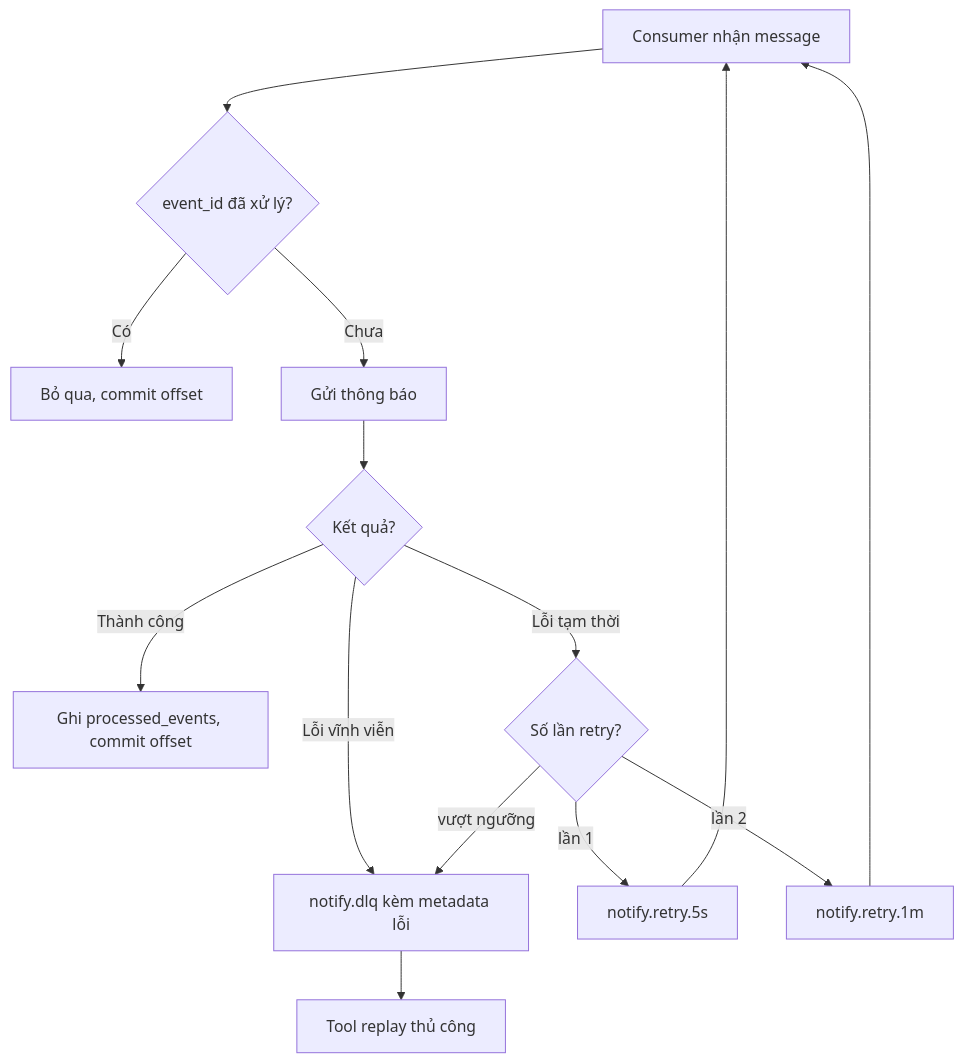
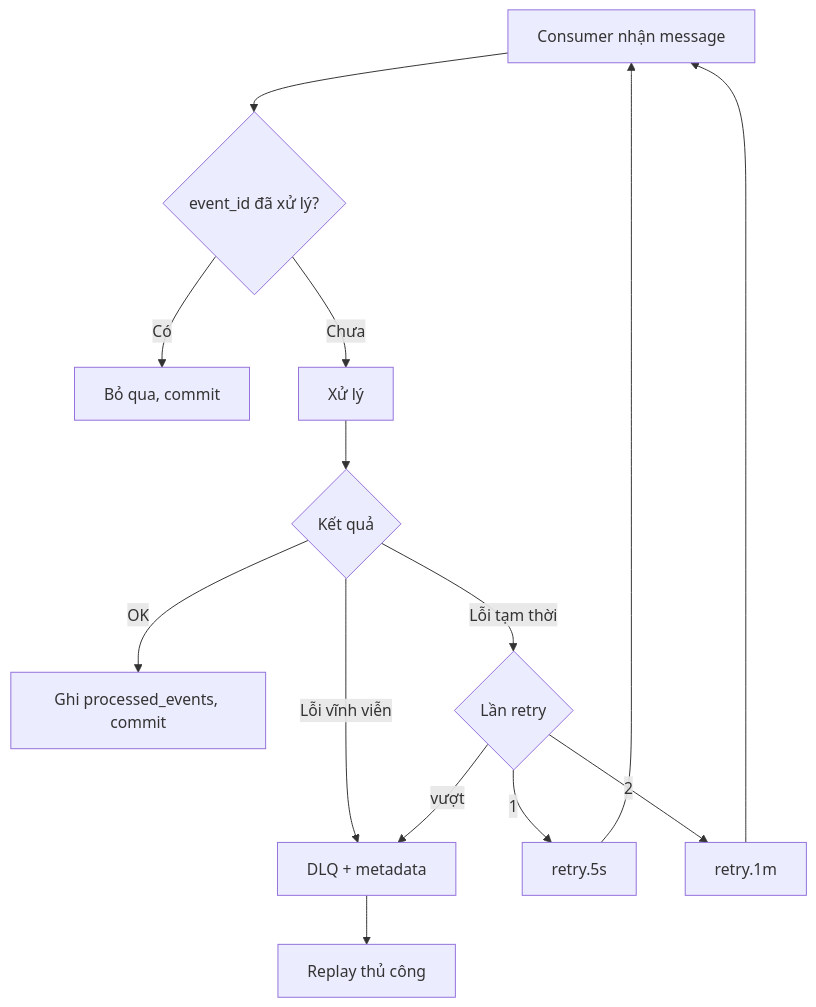
One commit to Trung1234/davas-matching changed the sixth of 10 diagrams in README.md. Above: the diagram before and after it, drawn with Mermaid. The commit also changed other lines of this file, not shown here.

````diff
--- a/README.md
+++ b/README.md
@@ -155,16 +429,16 @@
 ```mermaid
 flowchart TD
     A["Consumer nhận message"] --> B{"event_id đã xử lý?"}
-    B -->|"Có"| Z["Bỏ qua, commit offset"]
-    B -->|"Chưa"| C["Gửi thông báo"]
-    C --> D{"Kết quả?"}
-    D -->|"Thành công"| E["Ghi processed_events, commit offset"]
-    D -->|"Lỗi tạm thời"| F{"Số lần retry?"}
+    B -->|"Có"| Z["Bỏ qua, commit"]
+    B -->|"Chưa"| C["Xử lý"]
+    C --> D{"Kết quả"}
+    D -->|"OK"| E["Ghi processed_events, commit"]
+    D -->|"Lỗi tạm thời"| F{"Lần retry"}
     D -->|"Lỗi vĩnh viễn"| H
-    F -->|"lần 1"| G1["notify.retry.5s"]
-    F -->|"lần 2"| G2["notify.retry.1m"]
-    F -->|"vượt ngưỡng"| H["notify.dlq kèm metadata lỗi"]
+    F -->|"1"| G1["retry.5s"]
+    F -->|"2"| G2["retry.1m"]
+    F -->|"vượt"| H["DLQ + metadata"]
     G1 --> A
     G2 --> A
-    H --> I["Tool replay thủ công"]
+    H --> I["Replay thủ công"]
 ```
````
